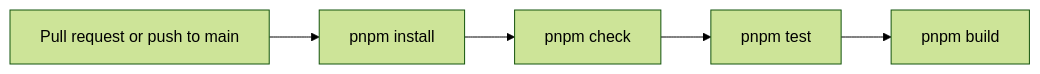
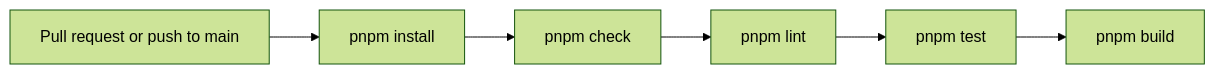
The eighth of 8 diagrams in docs/architecture.md (cristiadu/valheim-dashboard), drawn with Mermaid (forest theme) before and after one commit. The commit also changed other lines of this file and 18 other files, not shown here.

````diff
--- a/docs/architecture.md
+++ b/docs/architecture.md
@@ -150,4 +150,4 @@
 ```mermaid
 flowchart LR
-  pr[Pull request or push to main] --> install[pnpm install] --> check[pnpm check] --> test[pnpm test] --> build[pnpm build]
+  pr[Pull request or push to main] --> install[pnpm install] --> check[pnpm check] --> lint[pnpm lint] --> test[pnpm test] --> build[pnpm build]
 ```
````
